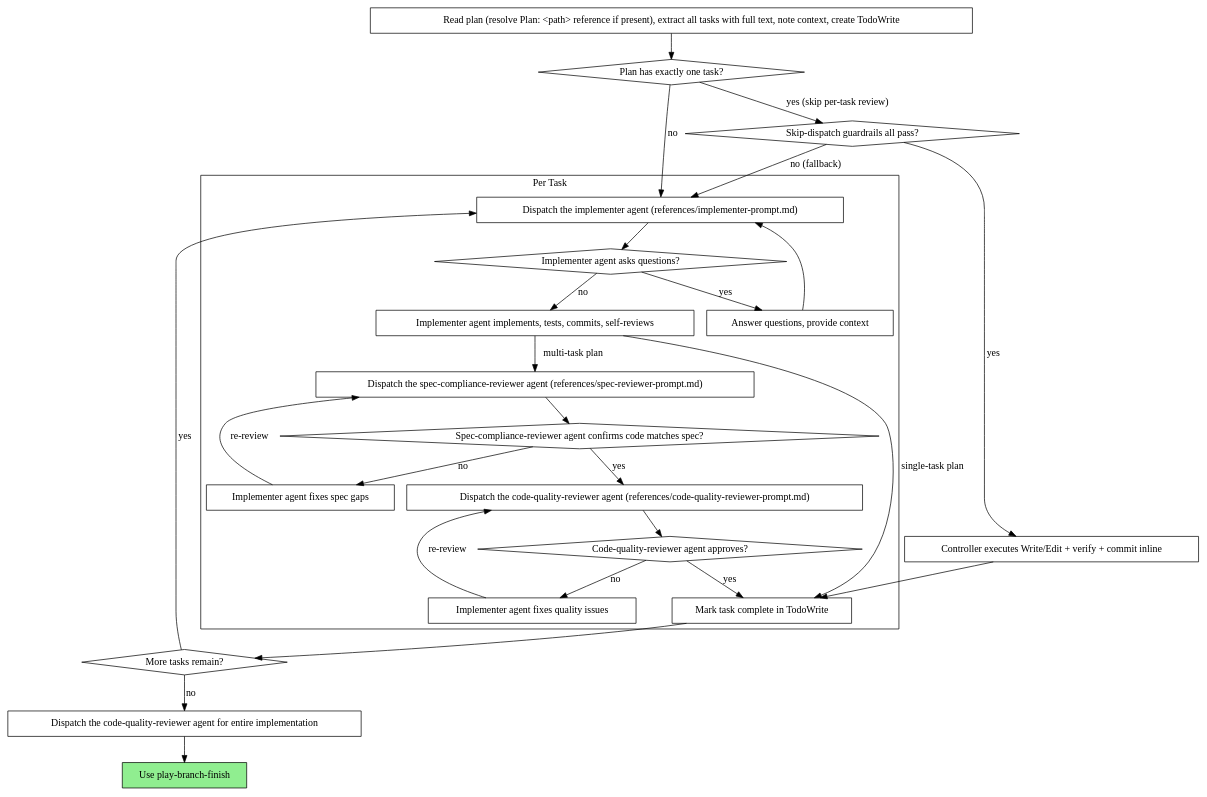
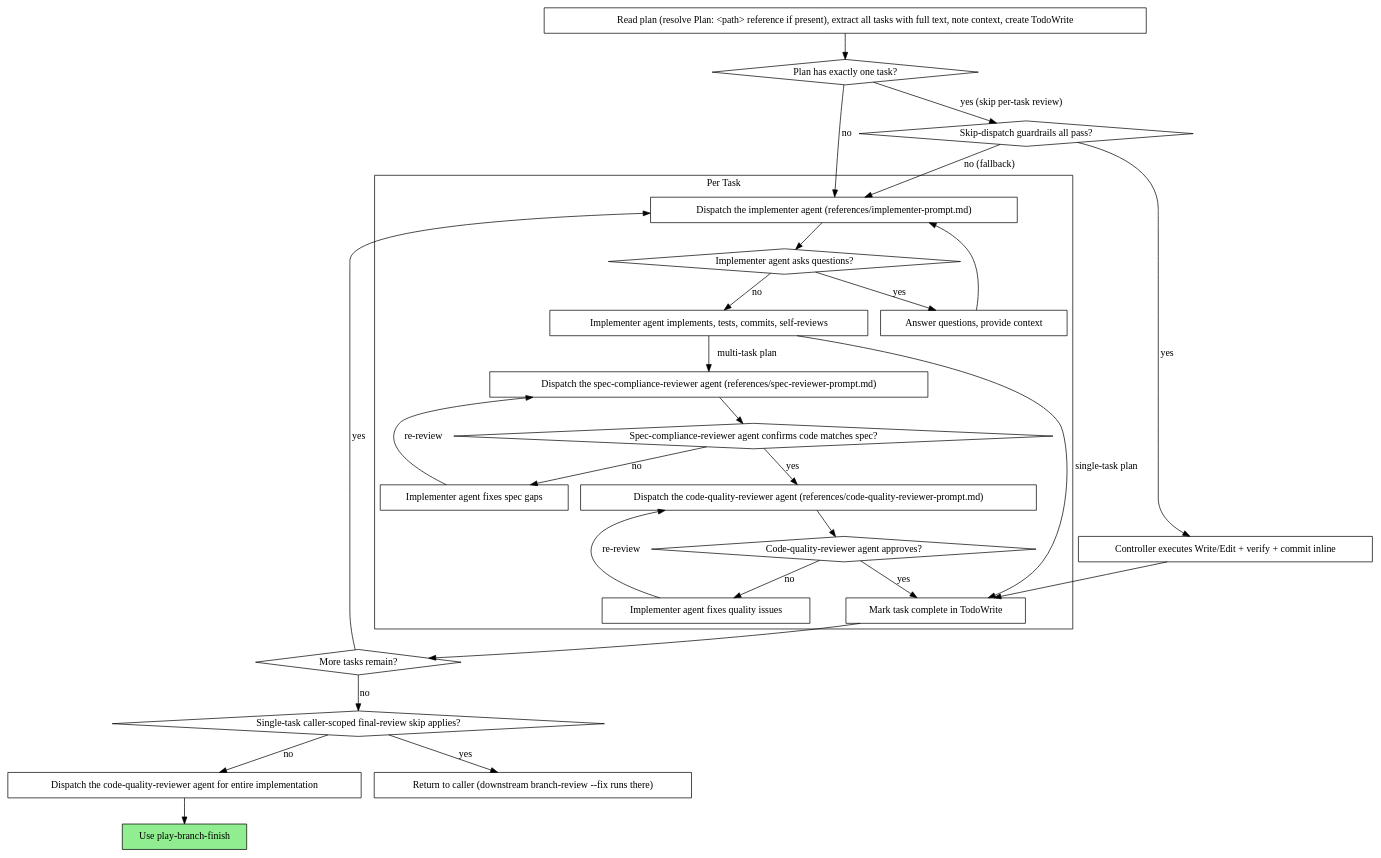
Before and after one commit to ryumiel/devcanon: the second of 2 diagrams in skills/play-subagent-execution/SKILL.md, drawn with Graphviz. The commit also changed other lines of this file and 6 other files, not shown here.

First line of the commit message:
feat(skills): skip final review on single-task auto priming runs

````diff
--- a/skills/play-subagent-execution/SKILL.md
+++ b/skills/play-subagent-execution/SKILL.md
@@ -90,53 +90,57 @@
 ```dot
 digraph process {
     rankdir=TB;
 
     subgraph cluster_per_task {
         label="Per Task";
         "Dispatch the implementer agent (references/implementer-prompt.md)" [shape=box];
         "Implementer agent asks questions?" [shape=diamond];
         "Answer questions, provide context" [shape=box];
         "Implementer agent implements, tests, commits, self-reviews" [shape=box];
         "Dispatch the spec-compliance-reviewer agent (references/spec-reviewer-prompt.md)" [shape=box];
         "Spec-compliance-reviewer agent confirms code matches spec?" [shape=diamond];
         "Implementer agent fixes spec gaps" [shape=box];
         "Dispatch the code-quality-reviewer agent (references/code-quality-reviewer-prompt.md)" [shape=box];
         "Code-quality-reviewer agent approves?" [shape=diamond];
         "Implementer agent fixes quality issues" [shape=box];
         "Mark task complete in TodoWrite" [shape=box];
     }
 
     "Read plan (resolve Plan: <path> reference if present), extract all tasks with full text, note context, create TodoWrite" [shape=box];
     "Plan has exactly one task?" [shape=diamond];
     "More tasks remain?" [shape=diamond];
+    "Single-task caller-scoped final-review skip applies?" [shape=diamond];
     "Dispatch the code-quality-reviewer agent for entire implementation" [shape=box];
+    "Return to caller (downstream branch-review --fix runs there)" [shape=box];
     "Use play-branch-finish" [shape=box style=filled fillcolor=lightgreen];
 
     "Read plan (resolve Plan: <path> reference if present), extract all tasks with full text, note context, create TodoWrite" -> "Plan has exactly one task?";
     "Plan has exactly one task?" -> "Dispatch the implementer agent (references/implementer-prompt.md)" [label="no"];
     "Plan has exactly one task?" -> "Skip-dispatch guardrails all pass?" [label="yes (skip per-task review)"];
     "Skip-dispatch guardrails all pass?" [shape=diamond];
     "Skip-dispatch guardrails all pass?" -> "Controller executes Write/Edit + verify + commit inline" [label="yes"];
     "Skip-dispatch guardrails all pass?" -> "Dispatch the implementer agent (references/implementer-prompt.md)" [label="no (fallback)"];
     "Controller executes Write/Edit + verify + commit inline" [shape=box];
     "Controller executes Write/Edit + verify + commit inline" -> "Mark task complete in TodoWrite";
     "Dispatch the implementer agent (references/implementer-prompt.md)" -> "Implementer agent asks questions?";
     "Implementer agent asks questions?" -> "Answer questions, provide context" [label="yes"];
     "Answer questions, provide context" -> "Dispatch the implementer agent (references/implementer-prompt.md)";
     "Implementer agent asks questions?" -> "Implementer agent implements, tests, commits, self-reviews" [label="no"];
     "Implementer agent implements, tests, commits, self-reviews" -> "Mark task complete in TodoWrite" [label="single-task plan"];
     "Implementer agent implements, tests, commits, self-reviews" -> "Dispatch the spec-compliance-reviewer agent (references/spec-reviewer-prompt.md)" [label="multi-task plan"];
     "Dispatch the spec-compliance-reviewer agent (references/spec-reviewer-prompt.md)" -> "Spec-compliance-reviewer agent confirms code matches spec?";
     "Spec-compliance-reviewer agent confirms code matches spec?" -> "Implementer agent fixes spec gaps" [label="no"];
     "Implementer agent fixes spec gaps" -> "Dispatch the spec-compliance-reviewer agent (references/spec-reviewer-prompt.md)" [label="re-review"];
     "Spec-compliance-reviewer agent confirms code matches spec?" -> "Dispatch the code-quality-reviewer agent (references/code-quality-reviewer-prompt.md)" [label="yes"];
     "Dispatch the code-quality-reviewer agent (references/code-quality-reviewer-prompt.md)" -> "Code-quality-reviewer agent approves?";
     "Code-quality-reviewer agent approves?" -> "Implementer agent fixes quality issues" [label="no"];
     "Implementer agent fixes quality issues" -> "Dispatch the code-quality-reviewer agent (references/code-quality-reviewer-prompt.md)" [label="re-review"];
     "Code-quality-reviewer agent approves?" -> "Mark task complete in TodoWrite" [label="yes"];
     "Mark task complete in TodoWrite" -> "More tasks remain?";
     "More tasks remain?" -> "Dispatch the implementer agent (references/implementer-prompt.md)" [label="yes"];
-    "More tasks remain?" -> "Dispatch the code-quality-reviewer agent for entire implementation" [label="no"];
+    "More tasks remain?" -> "Single-task caller-scoped final-review skip applies?" [label="no"];
+    "Single-task caller-scoped final-review skip applies?" -> "Return to caller (downstream branch-review --fix runs there)" [label="yes"];
+    "Single-task caller-scoped final-review skip applies?" -> "Dispatch the code-quality-reviewer agent for entire implementation" [label="no"];
     "Dispatch the code-quality-reviewer agent for entire implementation" -> "Use play-branch-finish";
 }
 ```
````
